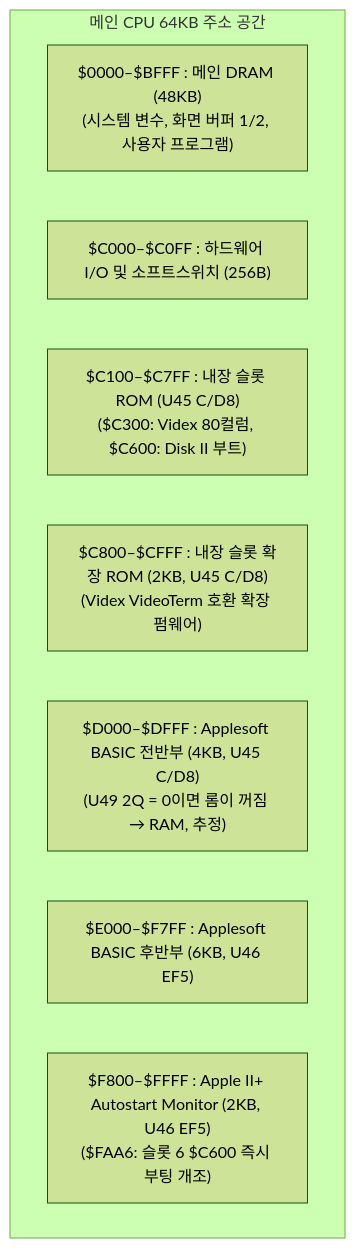
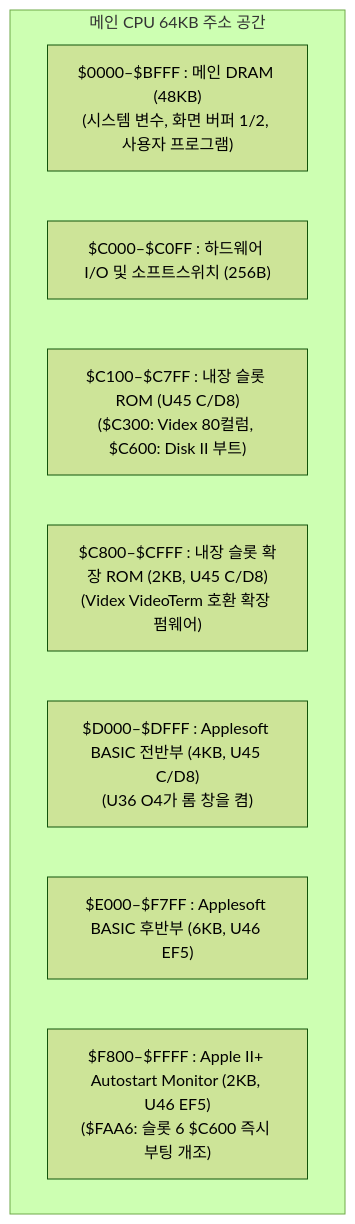
Before and after one commit to mildstorm/HART: the diagram in docs/12-memory-map.md, drawn with Mermaid (forest theme). The commit also changed other lines of this file and 8 other files, not shown here.

````diff
--- a/docs/12-memory-map.md
+++ b/docs/12-memory-map.md
@@ -23,12 +23,12 @@
 ```mermaid
 flowchart TD
     subgraph MemoryMap ["메인 CPU 64KB 주소 공간"]
         RAM["$0000–$BFFF : 메인 DRAM (48KB)<br/>(시스템 변수, 화면 버퍼 1/2, 사용자 프로그램)"]
         IO["$C000–$C0FF : 하드웨어 I/O 및 소프트스위치 (256B)"]
         SLOT["$C100–$C7FF : 내장 슬롯 ROM (U45 C/D8)<br/>($C300: Videx 80컬럼, $C600: Disk II 부트)"]
         EXT["$C800–$CFFF : 내장 슬롯 확장 ROM (2KB, U45 C/D8)<br/>(Videx VideoTerm 호환 확장 펌웨어)"]
-        BASIC1["$D000–$DFFF : Applesoft BASIC 전반부 (4KB, U45 C/D8)<br/>(U49 2Q = 0이면 롬이 꺼짐 → RAM, 추정)"]
+        BASIC1["$D000–$DFFF : Applesoft BASIC 전반부 (4KB, U45 C/D8)<br/>(U36 O4가 롬 창을 켬)"]
         BASIC2["$E000–$F7FF : Applesoft BASIC 후반부 (6KB, U46 EF5)"]
         MON["$F800–$FFFF : Apple II+ Autostart Monitor (2KB, U46 EF5)<br/>($FAA6: 슬롯 6 $C600 즉시 부팅 개조)"]
     end
 ```
````
